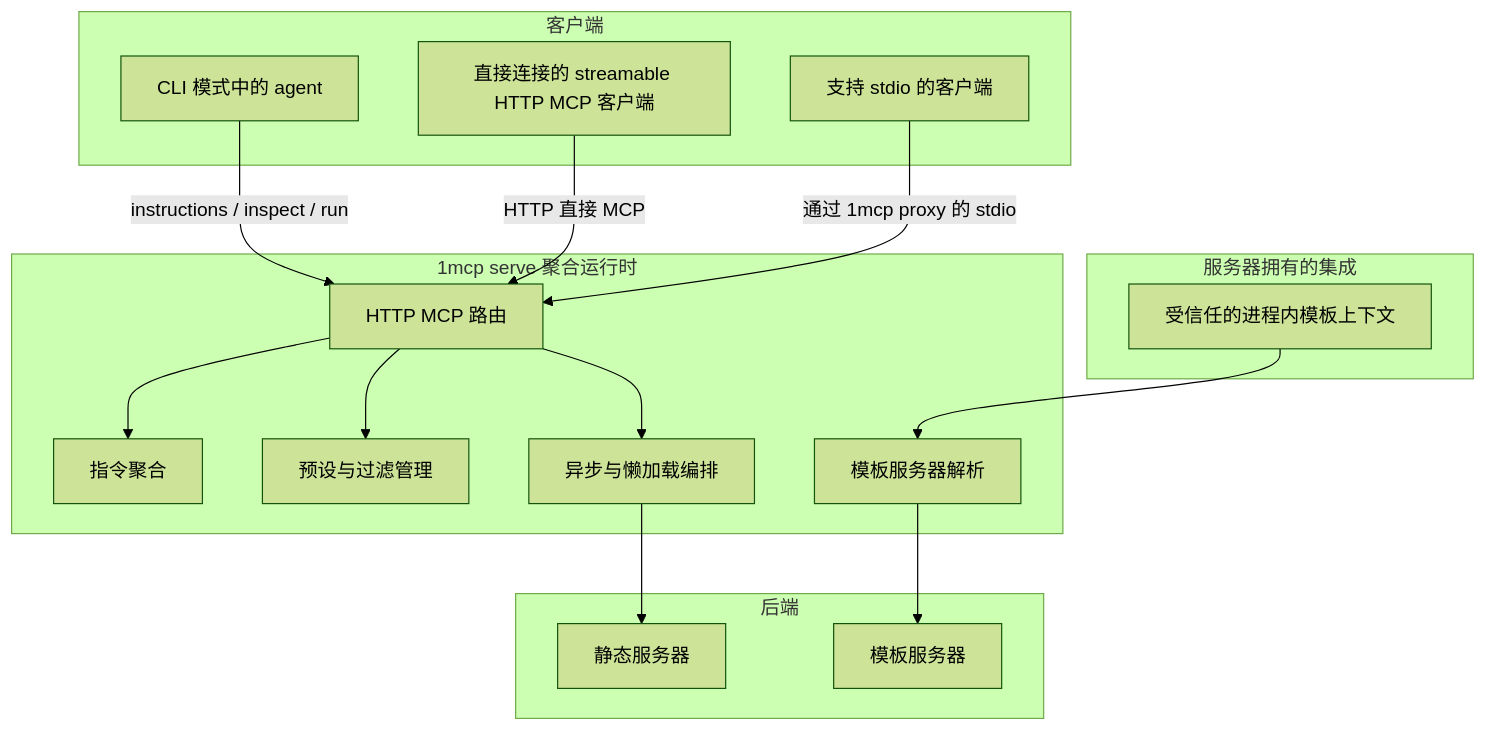
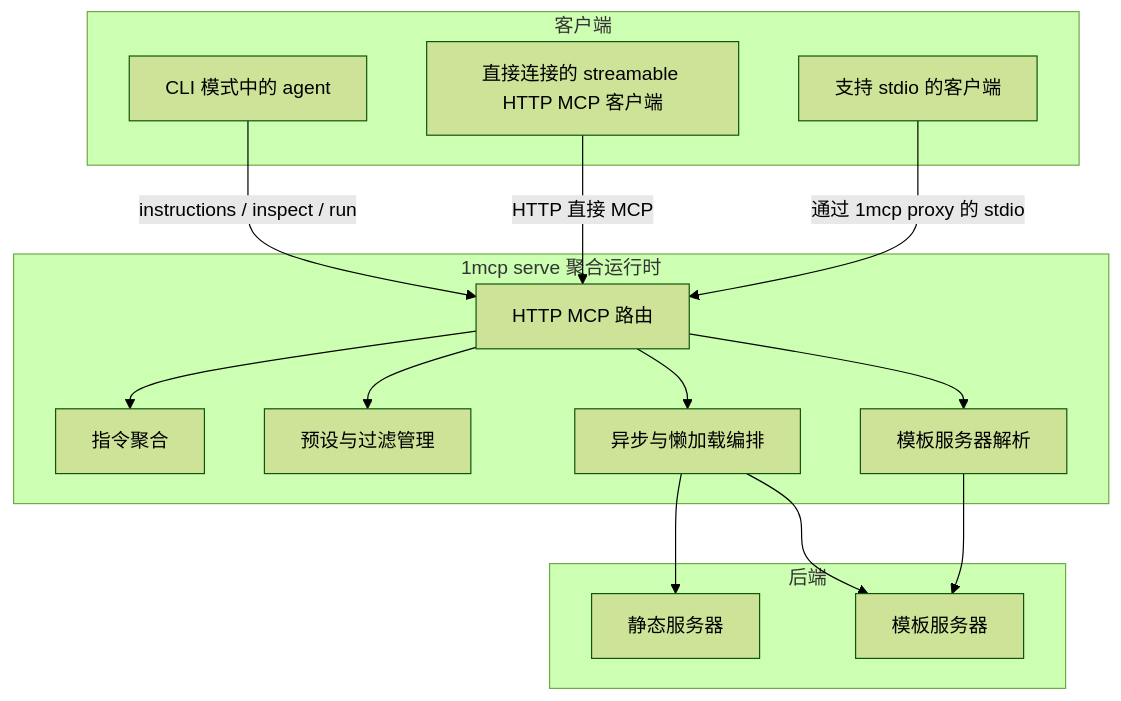
The diagram in docs/zh/reference/architecture.md (1mcp-app/agent), drawn with Mermaid (forest theme) before and after one commit. The commit also changed other lines of this file and 68 other files, not shown here.

````diff
--- a/docs/zh/reference/architecture.md
+++ b/docs/zh/reference/architecture.md
@@ -27,35 +27,32 @@
 ```mermaid
 flowchart TB
     subgraph Clients["客户端"]
         A1[CLI 模式中的 agent]
         A2[直接连接的 streamable HTTP MCP 客户端]
         A3[支持 stdio 的客户端]
-    end
-
-    subgraph Trusted["服务器拥有的集成"]
-        T1[受信任的进程内模板上下文]
     end
 
     subgraph Runtime["1mcp serve 聚合运行时"]
         B1[HTTP MCP 路由]
         B2[指令聚合]
         B3[预设与过滤管理]
         B4[异步与懒加载编排]
         B5[模板服务器解析]
     end
 
     subgraph Backends["后端"]
         C1[静态服务器]
         C2[模板服务器]
     end
 
     A1 -->|instructions / inspect / run| B1
     A2 -->|HTTP 直接 MCP| B1
     A3 -->|通过 1mcp proxy 的 stdio| B1
     B1 --> B2
     B1 --> B3
     B1 --> B4
-    T1 --> B5
+    B1 --> B5
     B5 --> C2
     B4 --> C1
+    B4 --> C2
 ```
````
